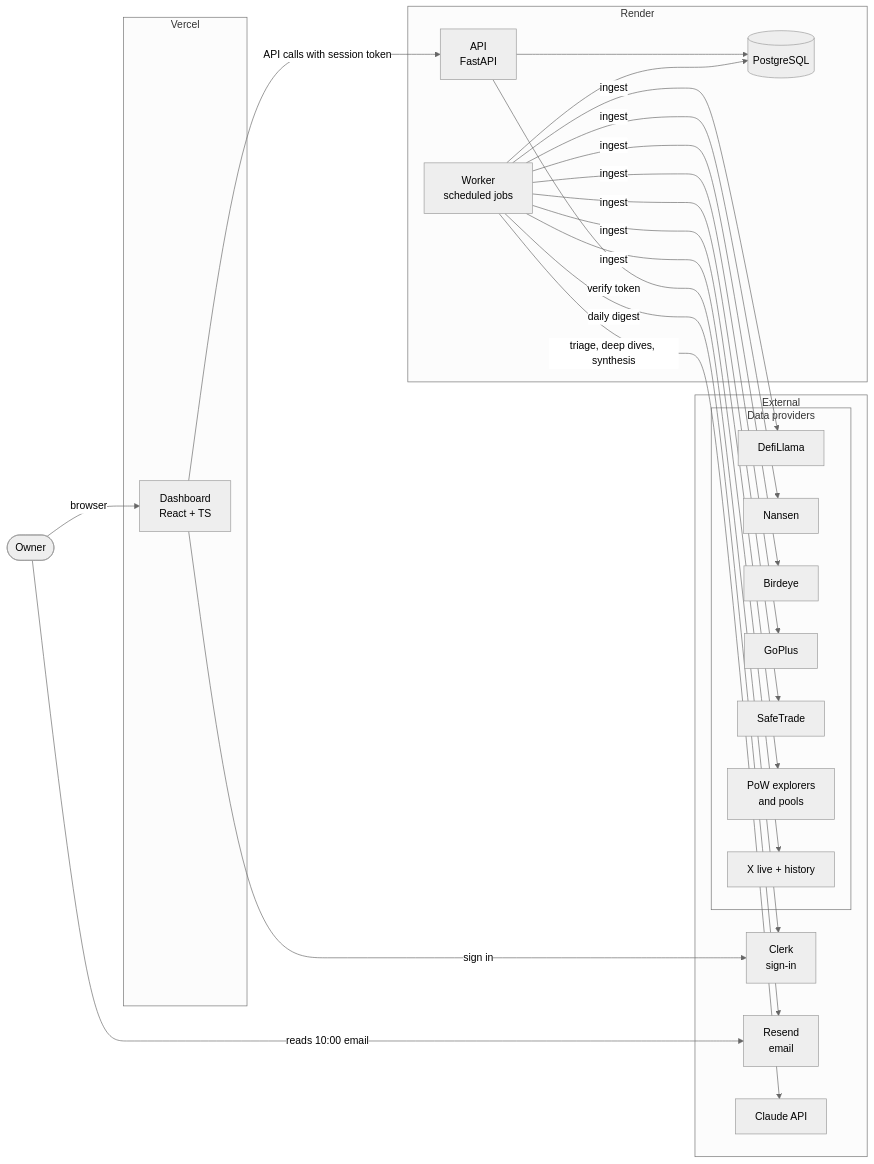
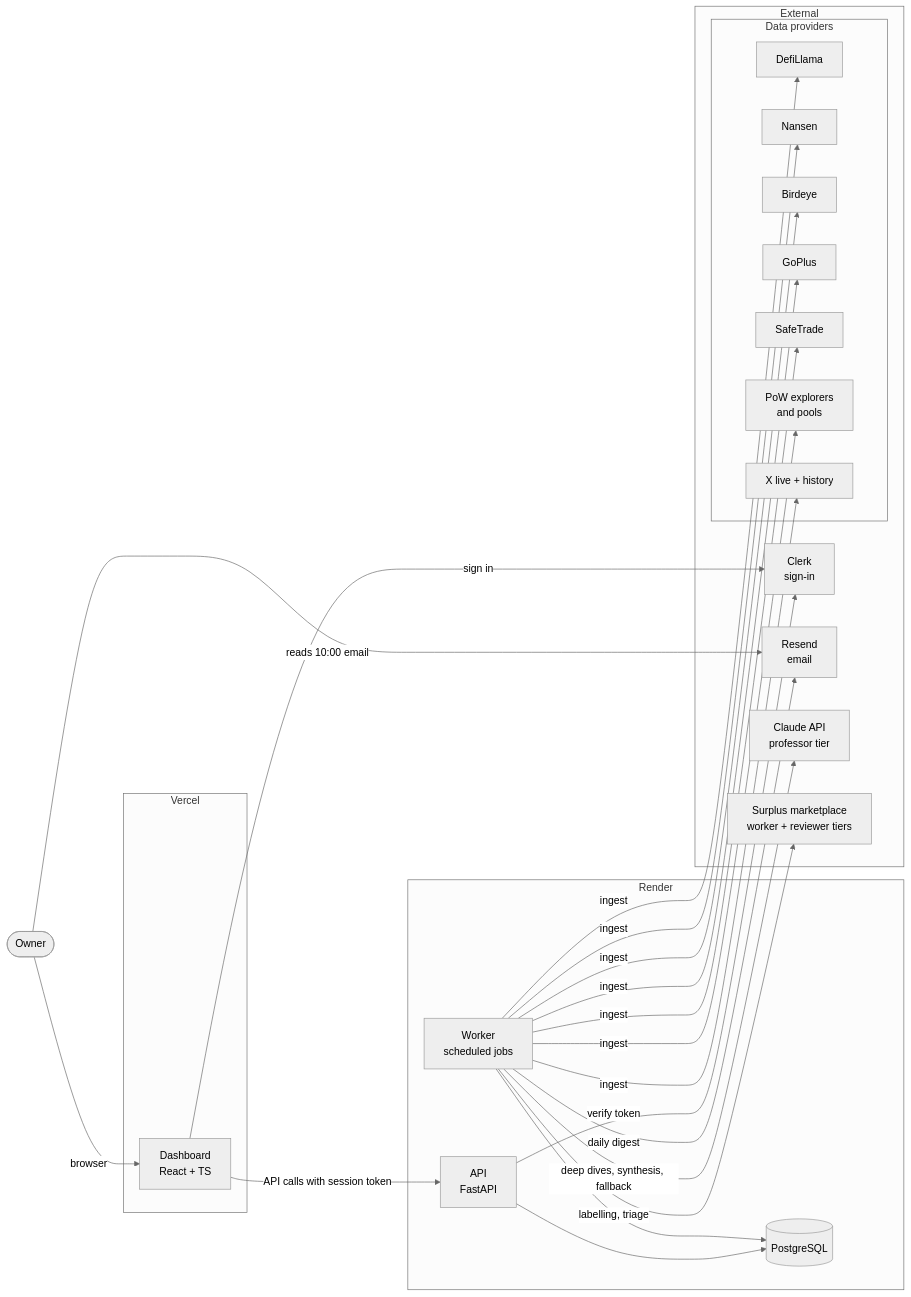
One commit to perpleksl/Tidewatch changed the first of 2 diagrams in diagrams/system-architecture.md. Above: the diagram before and after it, drawn with Mermaid (neutral theme). The commit also changed 4 other files, not shown here.

First line of the commit message:
docs: add AD9 tiered AI design (workers, reviewer, professor)

````diff
--- a/diagrams/system-architecture.md
+++ b/diagrams/system-architecture.md
@@ -5,40 +5,42 @@
 ```mermaid
 flowchart LR
     Owner([Owner])
 
     subgraph Vercel
         Web[Dashboard<br/>React + TS]
     end
 
     subgraph Render
         API[API<br/>FastAPI]
         Worker[Worker<br/>scheduled jobs]
         DB[(PostgreSQL)]
     end
 
     subgraph External
         Clerk[Clerk<br/>sign-in]
         Resend[Resend<br/>email]
-        Claude[Claude API]
+        Claude[Claude API<br/>professor tier]
+        Surplus[Surplus marketplace<br/>worker + reviewer tiers]
         subgraph DP[Data providers]
             DL[DefiLlama]
             NS[Nansen]
             BE[Birdeye]
             GP[GoPlus]
             ST[SafeTrade]
             PW[PoW explorers<br/>and pools]
             X[X live + history]
         end
     end
 
     Owner -->|browser| Web
     Owner -->|reads 10:00 email| Resend
     Web -->|sign in| Clerk
     Web -->|API calls with session token| API
     API -->|verify token| Clerk
     API --> DB
     Worker --> DB
     Worker -->|ingest| DL & NS & BE & GP & ST & PW & X
-    Worker -->|triage, deep dives, synthesis| Claude
+    Worker -->|labelling, triage| Surplus
+    Worker -->|deep dives, synthesis, fallback| Claude
     Worker -->|daily digest| Resend
 ```
````
